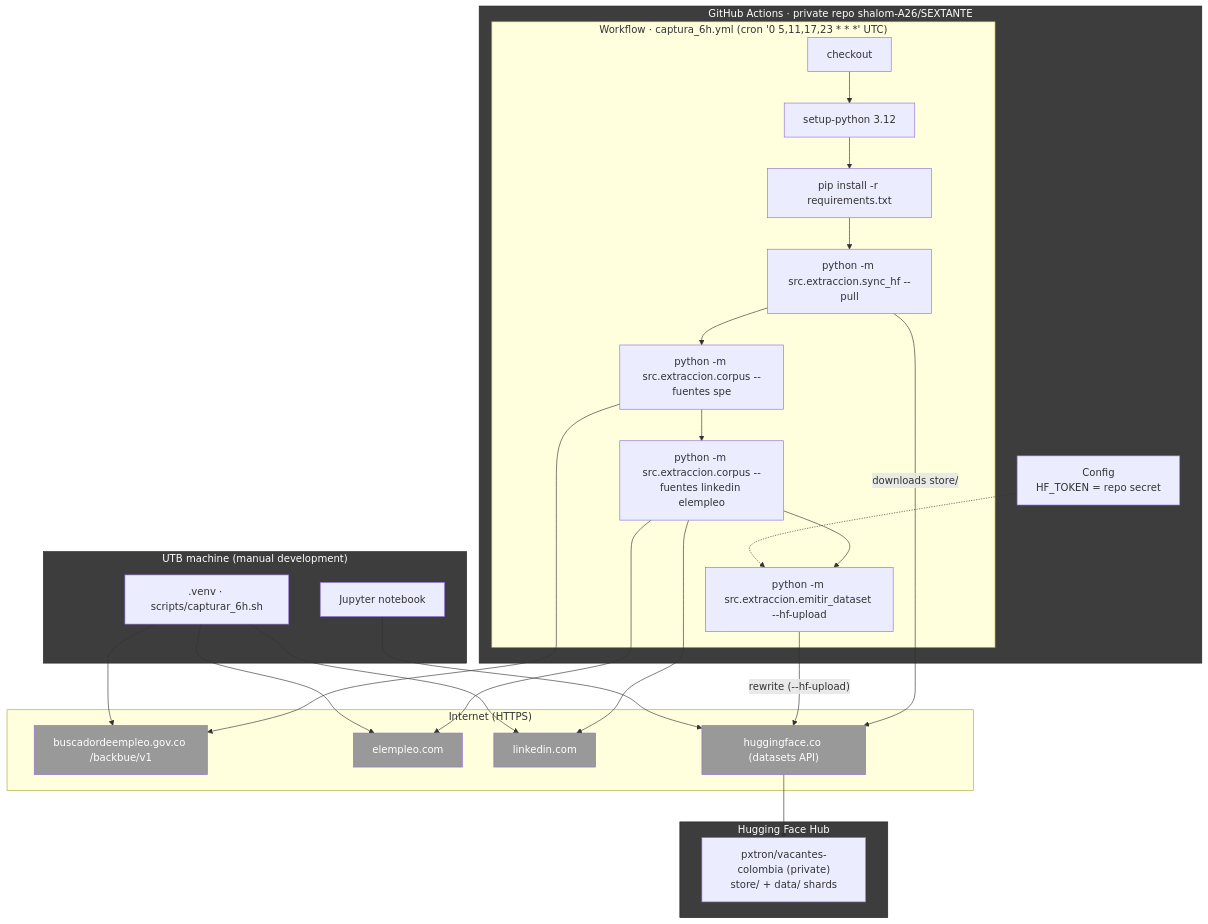
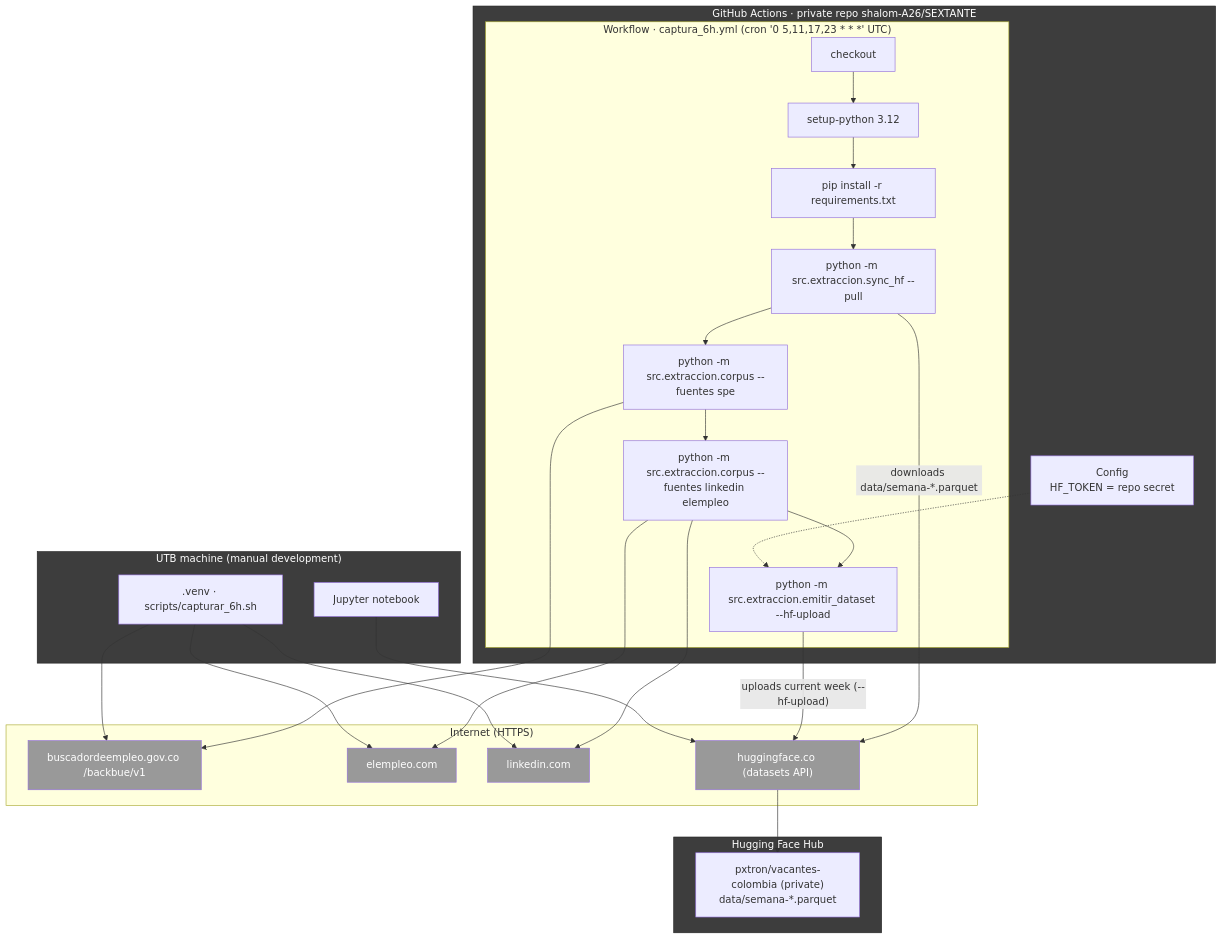
The fourth of 8 diagrams in docs/architecture.en.md (shalom-A26/SEXTANTE), drawn with Mermaid before and after one commit. The commit also changed other lines of this file and 9 other files, not shown here.

````diff
--- a/docs/architecture.en.md
+++ b/docs/architecture.en.md
@@ -182,50 +188,50 @@
 ```mermaid
 flowchart TB
     subgraph CLOUD["GitHub Actions · private repo shalom-A26/SEXTANTE"]
         subgraph WF["Workflow · captura_6h.yml (cron '0 5,11,17,23 * * *' UTC)"]
             checkout["checkout"]
             python["setup-python 3.12"]
             deps["pip install -r requirements.txt"]
             pull["python -m src.extraccion.sync_hf --pull"]
             spe["python -m src.extraccion.corpus --fuentes spe"]
             cur["python -m src.extraccion.corpus --fuentes linkedin elempleo"]
             emit["python -m src.extraccion.emitir_dataset --hf-upload"]
         end
         CFG["Config<br/>HF_TOKEN = repo secret"]
     end
 
     subgraph HUB["Hugging Face Hub"]
-        dset["pxtron/vacantes-colombia (private)<br/>store/ + data/ shards"]
+        dset["pxtron/vacantes-colombia (private)<br/>data/semana-*.parquet"]
     end
 
     subgraph PC["UTB machine (manual development)"]
         venv[".venv · scripts/capturar_6h.sh"]
         nb["Jupyter notebook"]
     end
 
     subgraph NET["Internet (HTTPS)"]
         speext["buscadordeempleo.gov.co /backbue/v1"]
         ee["elempleo.com"]
         li["linkedin.com"]
         hfapi["huggingface.co (datasets API)"]
     end
 
     checkout --> python --> deps --> pull
     pull --> spe --> cur --> emit
     CFG -.-> emit
-    pull -->|"downloads store/"| hfapi
-    emit -->|"rewrite (--hf-upload)"| hfapi
+    pull -->|"downloads data/semana-*.parquet"| hfapi
+    emit -->|"uploads current week (--hf-upload)"| hfapi
     hfapi --> dset
     spe --> speext
     cur --> ee
     cur --> li
     venv --> speext
     venv --> ee
     venv --> li
     nb --> hfapi
 
     classDef nodo fill:#3d3d3d,color:#fff,stroke:#222;
     classDef ext fill:#999999,color:#fff;
     class CLOUD,HUB,PC nodo;
     class speext,ee,li,hfapi ext;
 ```
````
